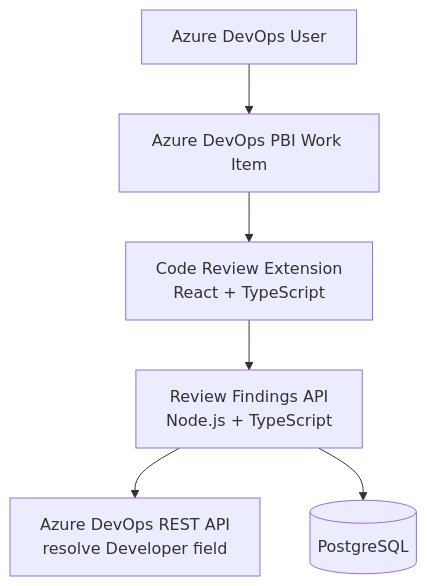
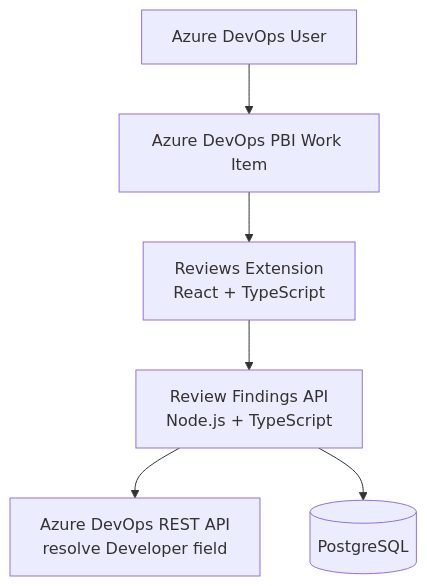
Before and after one commit to Deshanm123/-CodeReviewChecklist-azdevops: the first of 4 diagrams in docs/ARCHITECTURE.md, drawn with Mermaid. The commit also changed other lines of this file and 18 other files, not shown here.

````diff
--- a/docs/ARCHITECTURE.md
+++ b/docs/ARCHITECTURE.md
@@ -10,8 +10,8 @@
 ```mermaid
 flowchart TB
     U[Azure DevOps User] --> WI[Azure DevOps PBI Work Item]
-    WI --> EXT[Code Review Extension<br/>React + TypeScript]
+    WI --> EXT[Reviews Extension<br/>React + TypeScript]
     EXT --> API[Review Findings API<br/>Node.js + TypeScript]
     API --> ADO[Azure DevOps REST API<br/>resolve Developer field]
     API --> DB[(PostgreSQL)]
 ```
````
